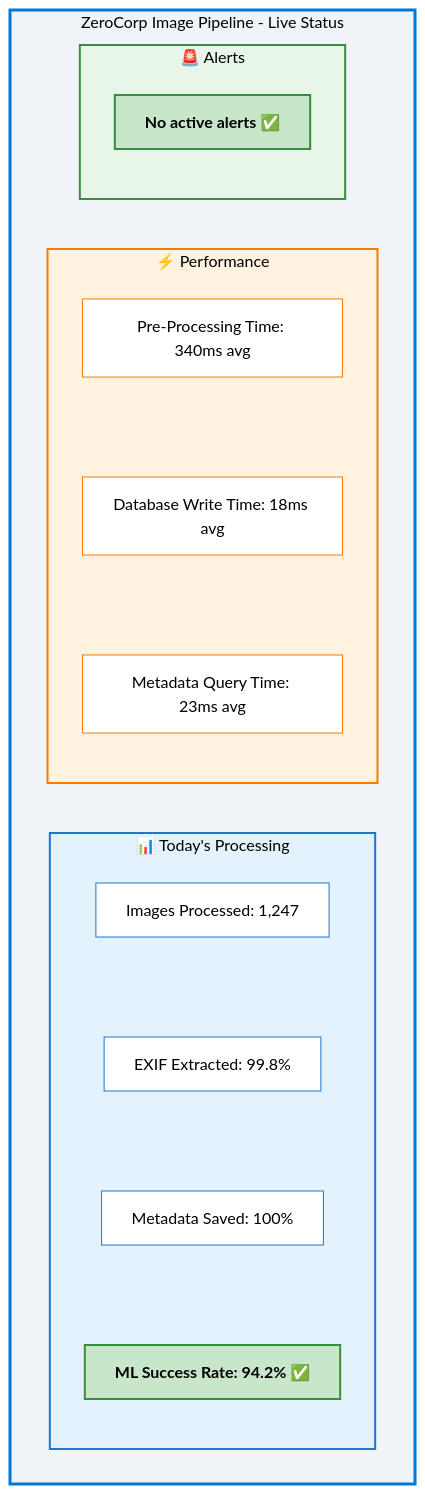
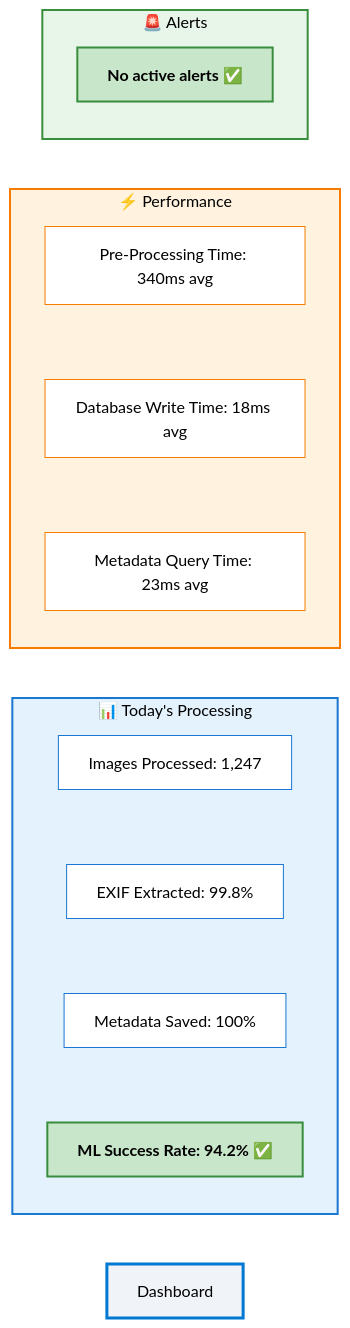
One commit to anandSgunti/cloud changed the fifth of 5 diagrams in 02-The-Bug/02_Solution_Architecture.md. Above: the diagram before and after it, drawn with Mermaid.

````diff
--- a/02-The-Bug/02_Solution_Architecture.md
+++ b/02-The-Bug/02_Solution_Architecture.md
@@ -240,44 +240,43 @@
 ```mermaid
-graph TB
-    subgraph Dashboard["ZeroCorp Image Pipeline - Live Status"]
-        subgraph Processing["📊 Today's Processing"]
+graph LR
+    
+    subgraph Processing["📊 Today's Processing"]
             P1["Images Processed: 1,247"]
             P2["EXIF Extracted: 99.8%"]
             P3["Metadata Saved: 100%"]
             P4["ML Success Rate: 94.2% ✅"]
         end
         
-        subgraph Performance["⚡ Performance"]
+    subgraph Performance["⚡ Performance"]
             PERF1["Pre-Processing Time: 340ms avg"]
             PERF2["Database Write Time: 18ms avg"]
             PERF3["Metadata Query Time: 23ms avg"]
         end
         
-        subgraph Alerts["🚨 Alerts"]
+    subgraph Alerts["🚨 Alerts"]
             A1["No active alerts ✅"]
         end
-    end
     
     P1 ~~~ P2
     P2 ~~~ P3
     P3 ~~~ P4
     
     PERF1 ~~~ PERF2
     PERF2 ~~~ PERF3
     
     style Dashboard fill:#f0f4f8,stroke:#0078d4,stroke-width:3px,color:#000
     style Processing fill:#e3f2fd,stroke:#1976d2,stroke-width:2px,color:#000
     style Performance fill:#fff3e0,stroke:#f57c00,stroke-width:2px,color:#000
     style Alerts fill:#e8f5e9,stroke:#388e3c,stroke-width:2px,color:#000
     
     style P1 fill:#fff,stroke:#1976d2,color:#000
     style P2 fill:#fff,stroke:#1976d2,color:#000
     style P3 fill:#fff,stroke:#1976d2,color:#000
     style P4 fill:#c8e6c9,stroke:#388e3c,stroke-width:2px,color:#000,font-weight:bold
     
     style PERF1 fill:#fff,stroke:#f57c00,color:#000
     style PERF2 fill:#fff,stroke:#f57c00,color:#000
     style PERF3 fill:#fff,stroke:#f57c00,color:#000
     
     style A1 fill:#c8e6c9,stroke:#388e3c,stroke-width:2px,color:#000,font-weight:bold
 ```
````
